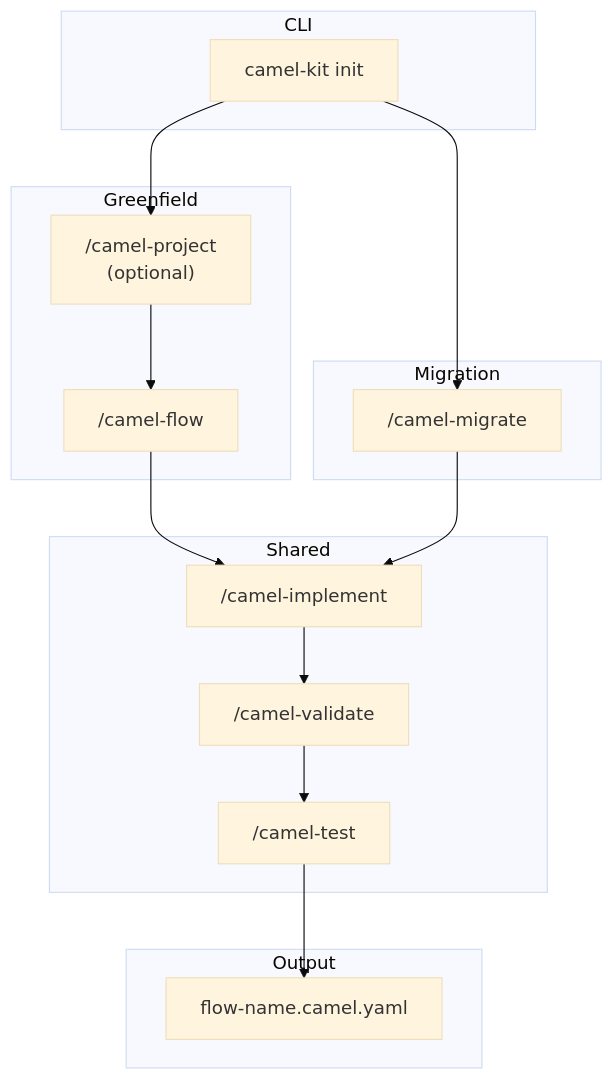
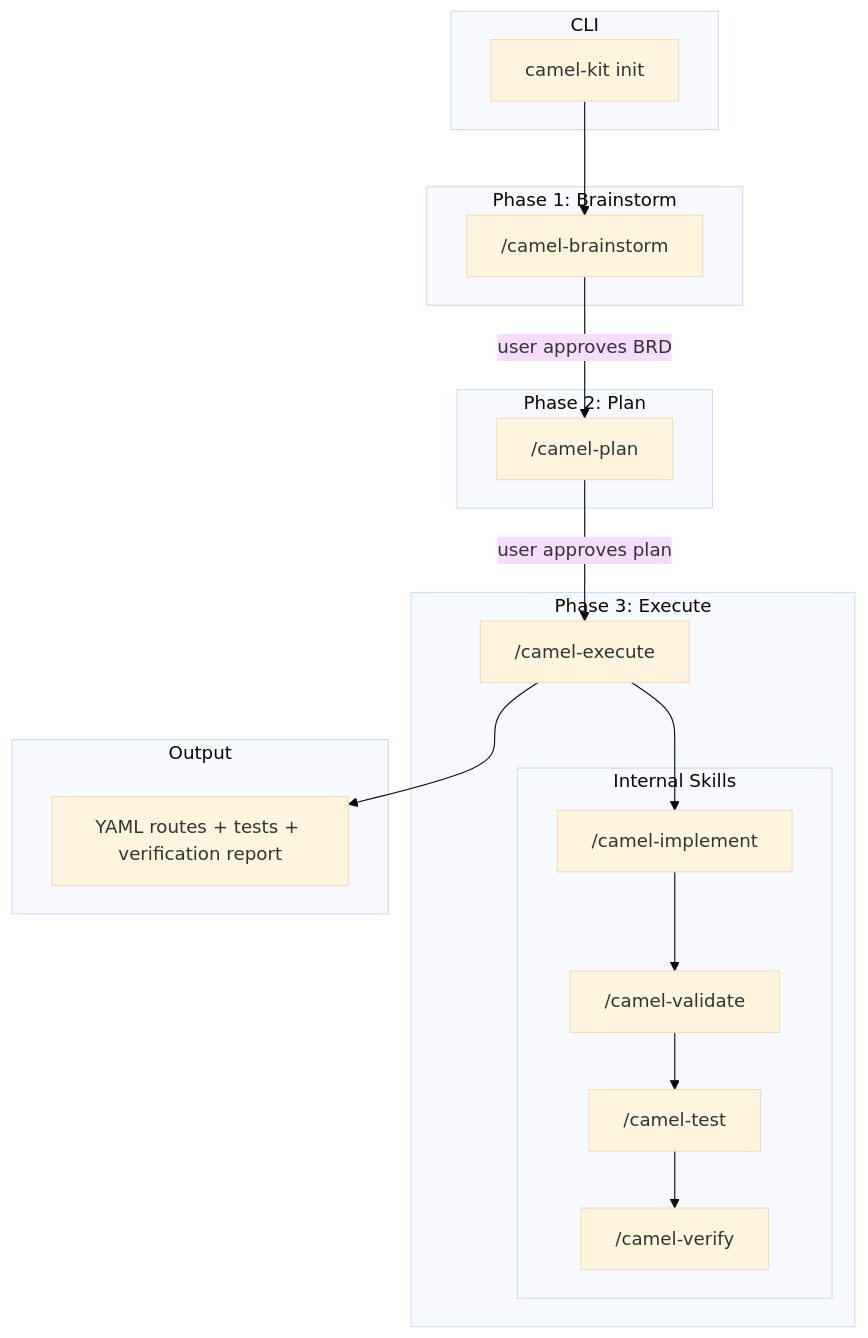
One commit to luigidemasi/camel-kit changed the diagram in docs/user-guide.md. Above: the diagram before and after it, drawn with Mermaid (base theme). The commit also changed other lines of this file, not shown here.

Commit message:
docs: rewrite user guide with 3-phase workflow and new features

````diff
--- a/docs/user-guide.md
+++ b/docs/user-guide.md
@@ -180,25 +92,30 @@
 ```mermaid
 flowchart TB
     subgraph CLI
-        A[camel-kit init]
+        A["camel-kit init"]
     end
-    subgraph "Greenfield"
-        B["/camel-project<br/>(optional)"]
-        C["/camel-flow"]
+    subgraph "Phase 1: Brainstorm"
+        B["/camel-brainstorm"]
     end
-    subgraph "Migration"
-        M["/camel-migrate"]
+    subgraph "Phase 2: Plan"
+        C["/camel-plan"]
     end
-    subgraph "Shared"
-        D["/camel-implement"]
-        V["/camel-validate"]
-        T["/camel-test"]
+    subgraph "Phase 3: Execute"
+        D["/camel-execute"]
+        subgraph "Internal Skills"
+            I["/camel-implement"]
+            V["/camel-validate"]
+            T["/camel-test"]
+            R["/camel-verify"]
+        end
     end
     subgraph Output
-        E["flow-name.camel.yaml"]
+        E["YAML routes + tests + verification report"]
     end
 
-    A --> B --> C --> D
-    A --> M --> D
-    D --> V --> T --> E
+    A --> B
+    B -->|"user approves BRD"| C
+    C -->|"user approves plan"| D
+    D --> I --> V --> T --> R
+    D --> E
 ```
````
